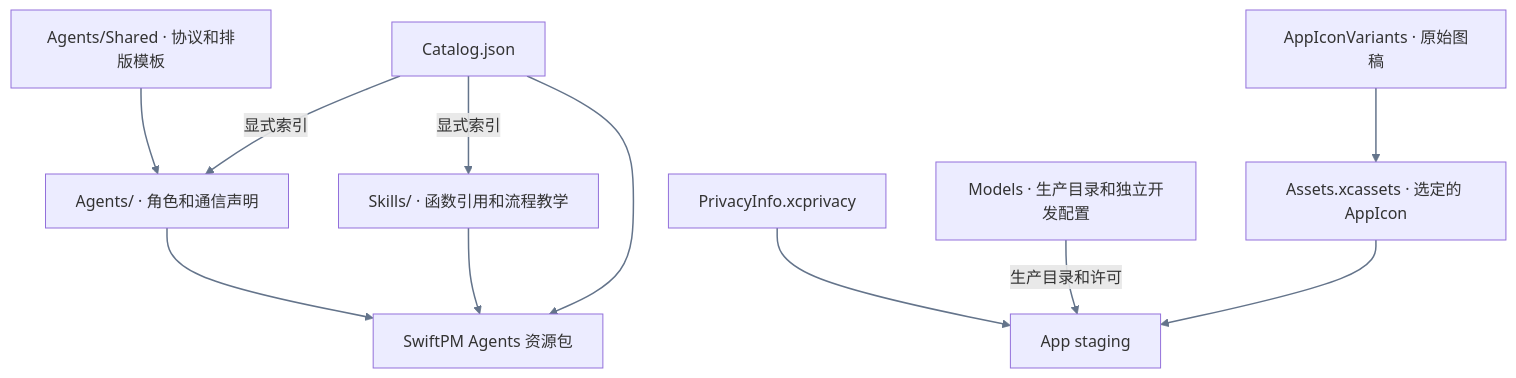
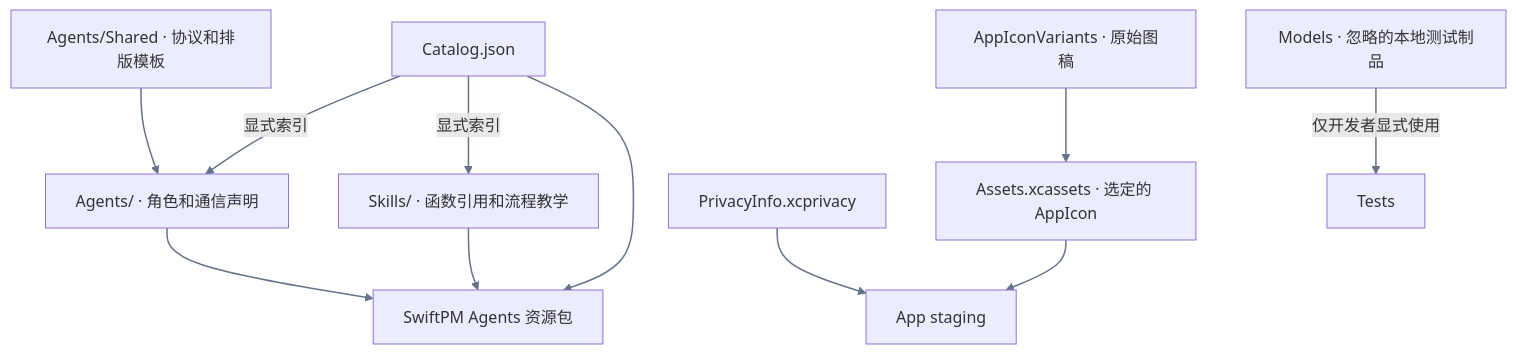
Before and after one commit to devilyouwei/MobileHarness: the second of 3 diagrams in MobileHarness/Resources/README.md, drawn with Mermaid. The commit also changed other lines of this file and 74 other files, not shown here.

````diff
--- a/MobileHarness/Resources/README.md
+++ b/MobileHarness/Resources/README.md
@@ -21,14 +21,14 @@
 ```mermaid
 flowchart TB
     Catalog["Catalog.json"] -->|显式索引| Roles["Agents/ · 角色和通信声明"]
     Catalog -->|显式索引| Skills["Skills/ · 函数引用和流程教学"]
     Shared["Agents/Shared · 协议和排版模板"] --> Roles
     Roles --> AgentBundle["SwiftPM Agents 资源包"]
     Skills --> AgentBundle
     Catalog --> AgentBundle
     Variants["AppIconVariants · 原始图稿"] --> Assets["Assets.xcassets · 选定的 AppIcon"]
     Assets --> AppBundle["App staging"]
     Privacy["PrivacyInfo.xcprivacy"] --> AppBundle
-    Models["Models · 生产目录和独立开发配置"] -->|生产目录和许可| AppBundle
+    Models["Models · 忽略的本地测试制品"] -->|仅开发者显式使用| Tests
     linkStyle default stroke:#64748b,stroke-width:1.5px
 ```
````
